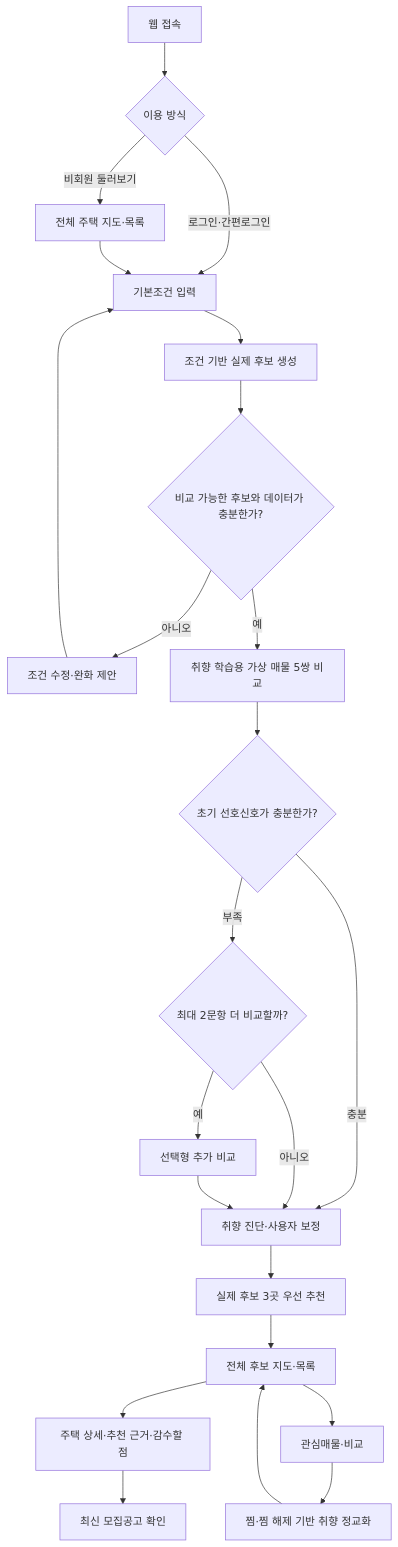
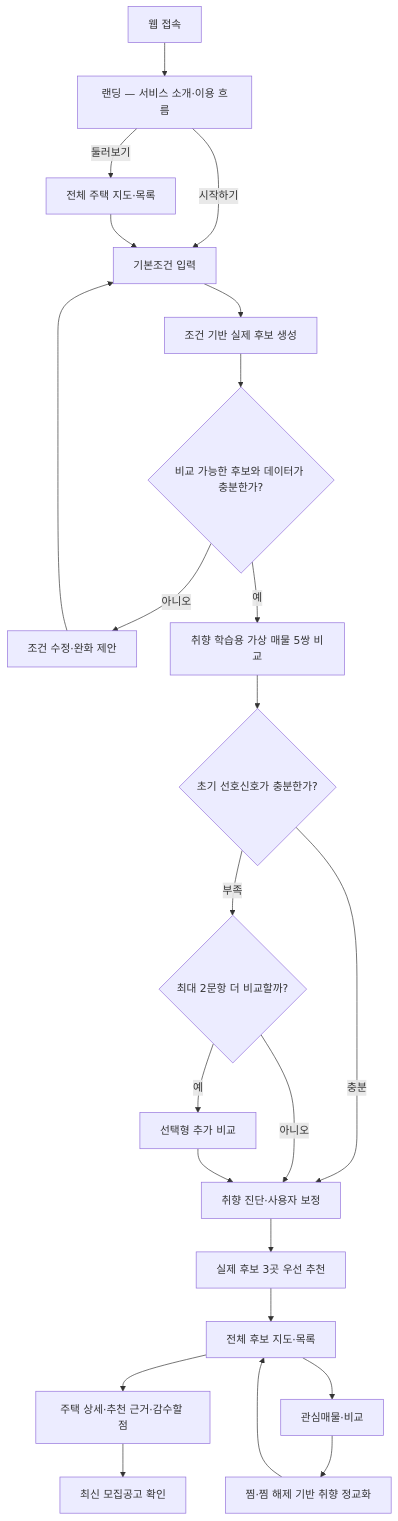
Before and after one commit to taejeong0416/bmc-housing-recommender: the first of 2 diagrams in docs/공공임대_취향추천_최종기획안.md, drawn with Mermaid. The commit also changed other lines of this file and 17 other files, not shown here.

````diff
--- a/docs/공공임대_취향추천_최종기획안.md
+++ b/docs/공공임대_취향추천_최종기획안.md
@@ -180,25 +180,25 @@
 ```mermaid
 flowchart TD
-    A["웹 접속"] --> B{"이용 방식"}
-    B -->|"로그인·간편로그인"| C["기본조건 입력"]
-    B -->|"비회원 둘러보기"| M["전체 주택 지도·목록"]
+    A["웹 접속"] --> B["랜딩 — 서비스 소개·이용 흐름"]
+    B -->|"시작하기"| C["기본조건 입력"]
+    B -->|"둘러보기"| M["전체 주택 지도·목록"]
     C --> D["조건 기반 실제 후보 생성"]
     D --> E{"비교 가능한 후보와 데이터가 충분한가?"}
     E -->|"아니오"| F["조건 수정·완화 제안"]
     F --> C
     E -->|"예"| G["취향 학습용 가상 매물 5쌍 비교"]
     G --> H{"초기 선호신호가 충분한가?"}
     H -->|"충분"| I["취향 진단·사용자 보정"]
     H -->|"부족"| J{"최대 2문항 더 비교할까?"}
     J -->|"예"| K["선택형 추가 비교"]
     J -->|"아니오"| I
     K --> I
     I --> L["실제 후보 3곳 우선 추천"]
     L --> N["전체 후보 지도·목록"]
     N --> O["주택 상세·추천 근거·감수할 점"]
     N --> P["관심매물·비교"]
     O --> Q["최신 모집공고 확인"]
     P --> R["찜·찜 해제 기반 취향 정교화"]
     R --> N
     M --> C
 ```
````
